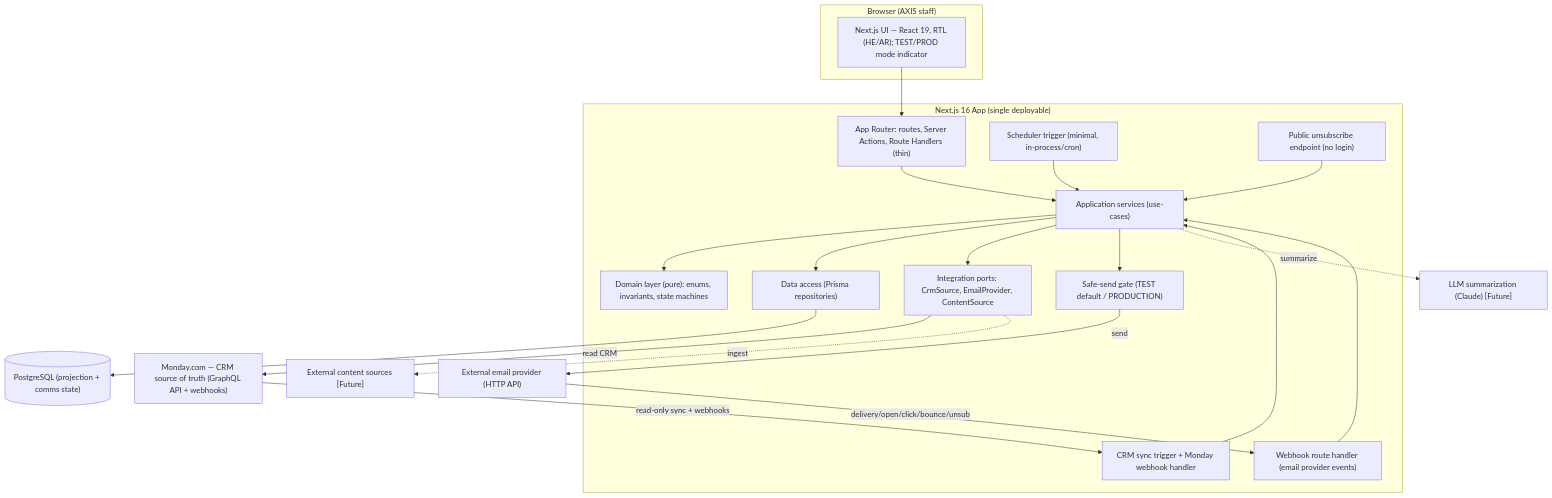
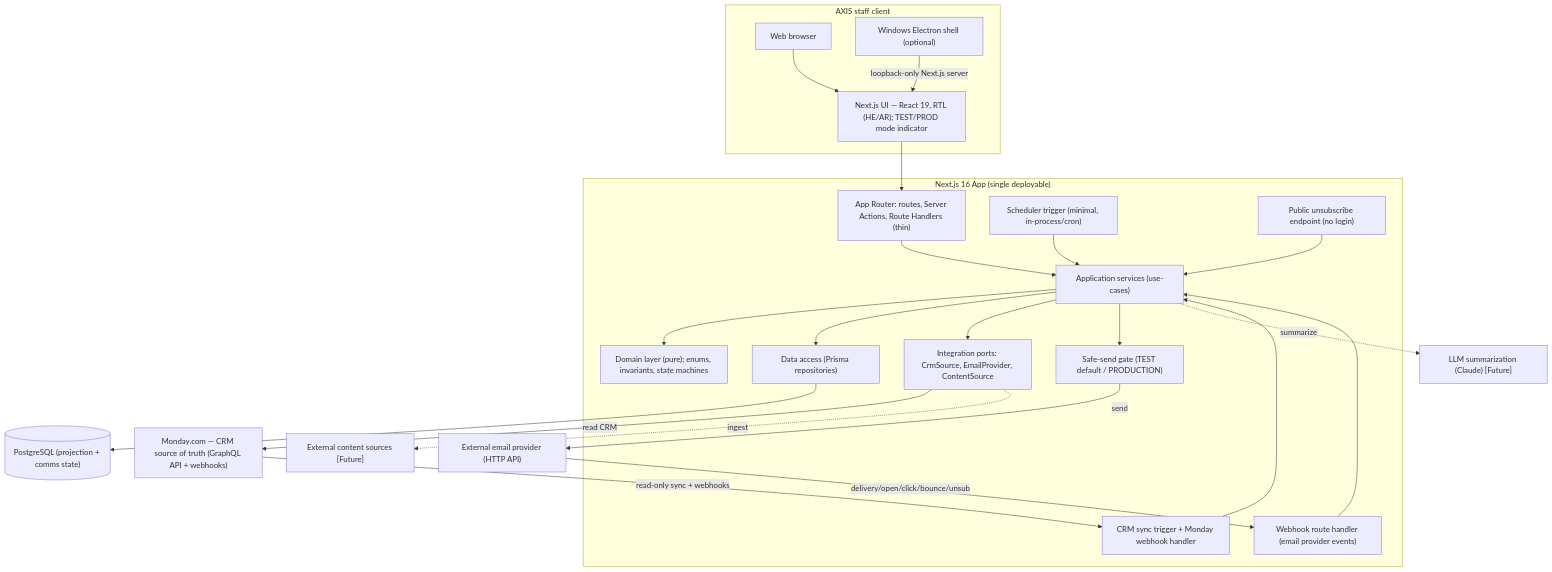
The first of 6 diagrams in docs/architecture.md (khaledAxis/AXIS-Customer-Communication-Platform), drawn with Mermaid before and after one commit. The commit also changed other lines of this file and 16 other files, not shown here.

````diff
--- a/docs/architecture.md
+++ b/docs/architecture.md
@@ -14,43 +14,47 @@
 ```mermaid
 flowchart TB
-    subgraph Client["Browser (AXIS staff)"]
+    subgraph Client["AXIS staff client"]
+        Browser["Web browser"]
+        Desktop["Windows Electron shell (optional)"]
         UI["Next.js UI — React 19, RTL (HE/AR); TEST/PROD mode indicator"]
     end
 
     subgraph App["Next.js 16 App (single deployable)"]
         Routes["App Router: routes, Server Actions, Route Handlers (thin)"]
         Services["Application services (use-cases)"]
         Domain["Domain layer (pure): enums, invariants, state machines"]
         DB["Data access (Prisma repositories)"]
         Ports["Integration ports: CrmSource, EmailProvider, ContentSource"]
         Sync["CRM sync trigger + Monday webhook handler"]
         Gate["Safe-send gate (TEST default / PRODUCTION)"]
         Sched["Scheduler trigger (minimal, in-process/cron)"]
         Webhooks["Webhook route handler (email provider events)"]
         Unsub["Public unsubscribe endpoint (no login)"]
     end
 
     PG[("PostgreSQL (projection + comms state)")]
     Monday["Monday.com — CRM source of truth (GraphQL API + webhooks)"]
     Email["External email provider (HTTP API)"]
     Ingest["External content sources [Future]"]
     AI["LLM summarization (Claude) [Future]"]
 
+    Browser --> UI
+    Desktop -->|loopback-only Next.js server| UI
     UI --> Routes
     Routes --> Services
     Services --> Domain
     Services --> DB
     Services --> Ports
     DB --> PG
     Monday -->|read-only sync + webhooks| Sync
     Sync --> Services
     Ports -->|read CRM| Monday
     Services --> Gate
     Gate -->|send| Email
     Email -->|delivery/open/click/bounce/unsub| Webhooks
     Webhooks --> Services
     Unsub --> Services
     Sched --> Services
     Ports -. ingest .-> Ingest
     Services -. summarize .-> AI
 ```
````
